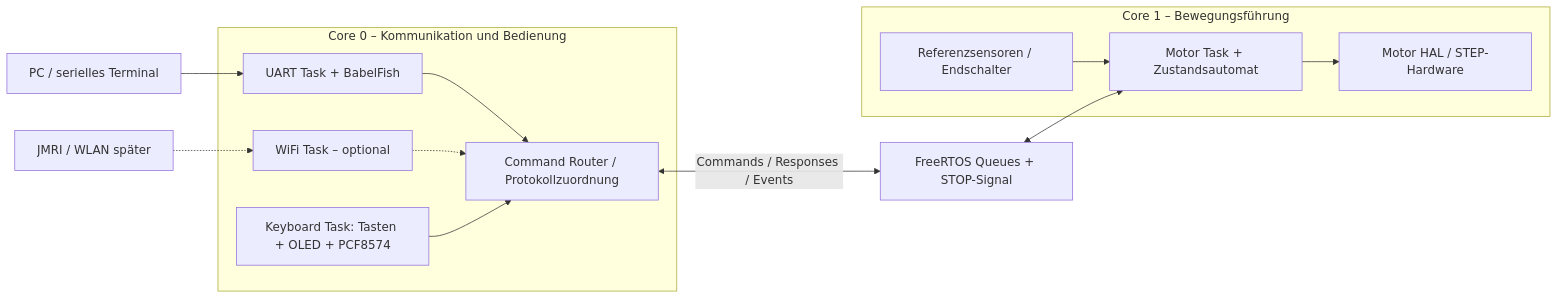
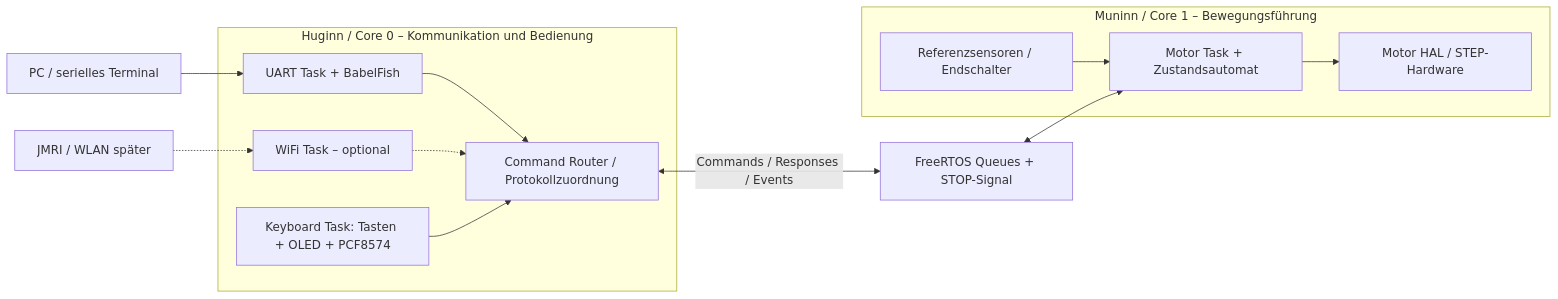
One commit to ErikaB-sys/Fiddle_yard_UVB changed the first of 2 diagrams in FY_ESP32_Bringup/docs/SYSTEM_ARCHITECTURE.md. Above: the diagram before and after it, drawn with Mermaid. The commit also changed other lines of this file, not shown here.

Commit message:
docs(esp32): add Huginn and Muninn core roles

````diff
--- a/FY_ESP32_Bringup/docs/SYSTEM_ARCHITECTURE.md
+++ b/FY_ESP32_Bringup/docs/SYSTEM_ARCHITECTURE.md
@@ -15,23 +20,23 @@
 ```mermaid
 flowchart LR
     P[PC / serielles Terminal] --> U
     N[JMRI / WLAN später] -.-> W
-    subgraph C0["Core 0 – Kommunikation und Bedienung"]
+    subgraph C0["Huginn / Core 0 – Kommunikation und Bedienung"]
         U["UART Task + BabelFish"]
         W["WiFi Task – optional"]
         K["Keyboard Task: Tasten + OLED + PCF8574"]
         R["Command Router / Protokollzuordnung"]
         U --> R
         W -.-> R
         K --> R
     end
     R <-->|"Commands / Responses / Events"| Q["FreeRTOS Queues + STOP-Signal"]
-    subgraph C1["Core 1 – Bewegungsführung"]
+    subgraph C1["Muninn / Core 1 – Bewegungsführung"]
         M["Motor Task + Zustandsautomat"]
         H["Motor HAL / STEP-Hardware"]
         S["Referenzsensoren / Endschalter"]
         M --> H
         S --> M
     end
     Q <--> M
 ```
````
